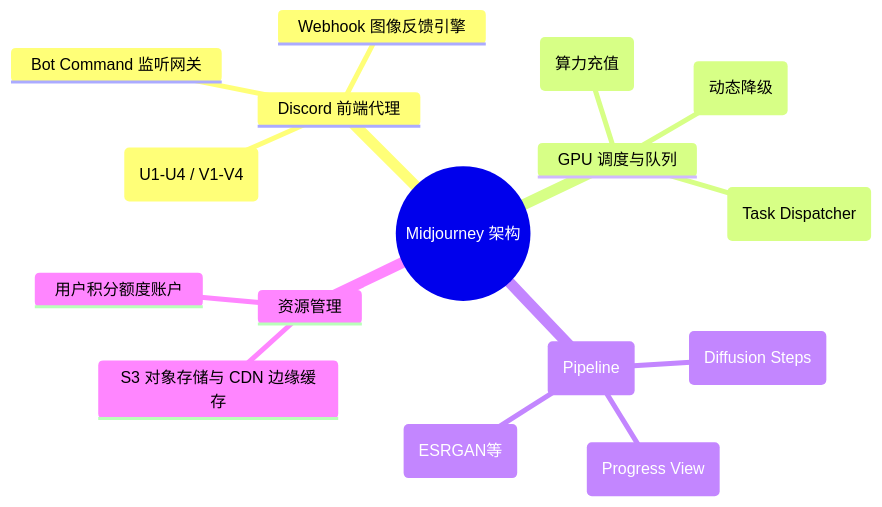
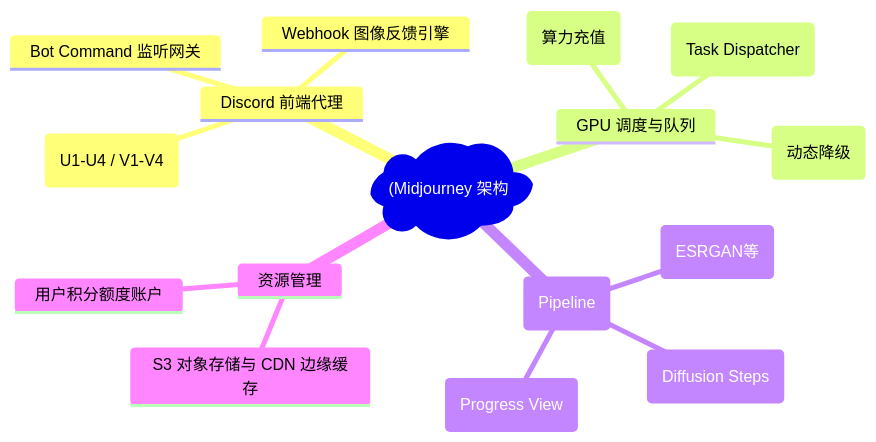
The first of 5 diagrams in docs/atlas/midjourney.mdx (koosai/AI-Architect-Learning), drawn with Mermaid before and after one commit. The commit also changed 187 other files, not shown here.

Commit message:
fix(mermaid): fix all unquoted parens and edge label syntax errors across all docs

````diff
--- a/docs/atlas/midjourney.mdx
+++ b/docs/atlas/midjourney.mdx
@@ -62,19 +62,19 @@
 ```mermaid
 mindmap
-  root((Midjourney 架构))
+  root("(Midjourney 架构"))
     Discord 前端代理
       Bot Command 监听网关
       Webhook 图像反馈引擎
       交互式按钮映射 (U1-U4 / V1-V4)
     GPU 调度与队列
       Fast 优先级队列 (算力充值)
       Relax 公平队列 (动态降级)
       GPU 算力集群调度 (Task Dispatcher)
     渲染流水线 (Pipeline)
       2x2 预览去噪 (Diffusion Steps)
       潜空间流式解码 (Progress View)
       Upscale 放大超分辨率 (ESRGAN等)
     资源管理
       S3 对象存储与 CDN 边缘缓存
       用户积分额度账户
 ```
````
